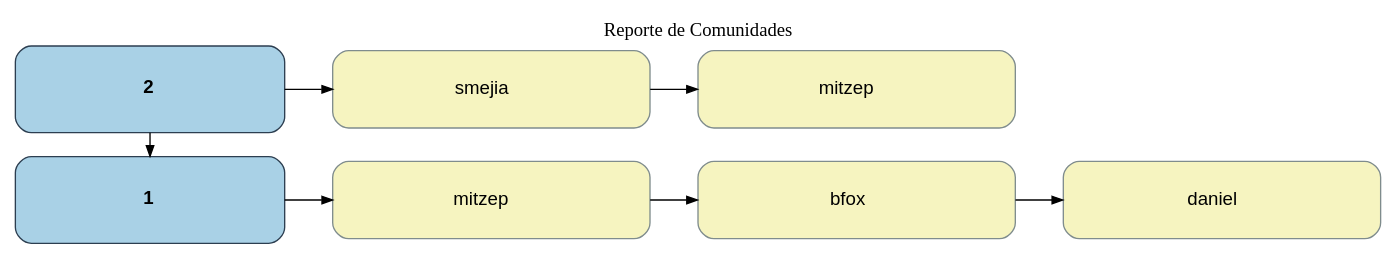
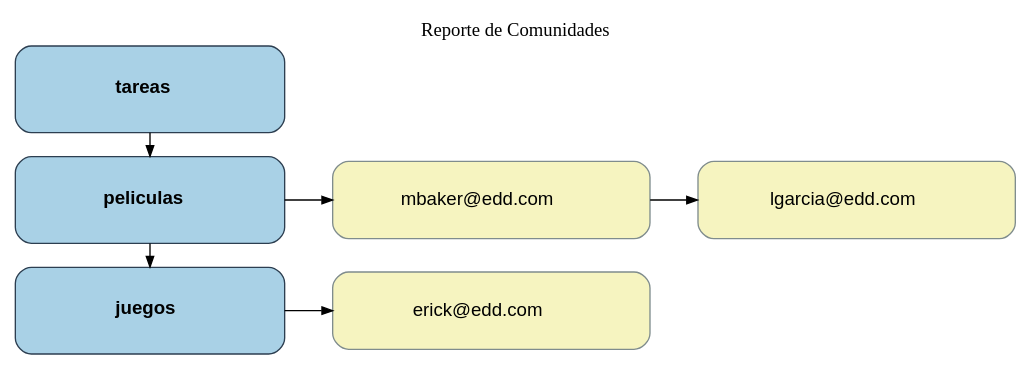
Before and after one commit to josuef24/-EDD-1S2025_202300668: the diagram in EDDMail/FASE1/Root-Reportes/Reporte_Comunidades.dot, drawn with Graphviz. The commit also changed 126 other files, not shown here.

```diff
--- a/EDDMail/FASE1/Root-Reportes/Reporte_Comunidades.dot
+++ b/EDDMail/FASE1/Root-Reportes/Reporte_Comunidades.dot
@@ -1,31 +1,29 @@
 digraph "Reporte de Comunidades" {
   rankdir=LR;
   labelloc="t";
   label="Reporte de Comunidades";
   node  [fontname="Helvetica"];
   edge  [arrowsize=0.8];
   // Estilos
   subgraph cluster_legend { style=invis; }
   // Comunidad: caja azul
   // Usuario: caja amarilla
-  c1 [shape=box, style="rounded,filled", fillcolor="#a9d1e6", color="#2c3e50", label=< <b>2</b> >, width=2.8, height=0.9];
-  c1_u1 [shape=box, style="rounded,filled", fillcolor="#f6f4c0", color="#7f8c8d", label=< smejia >, width=3.3, height=0.8];
-  c1 -> c1_u1;
-  c1_u2 [shape=box, style="rounded,filled", fillcolor="#f6f4c0", color="#7f8c8d", label=< mitzep >, width=3.3, height=0.8];
-  c1_u1 -> c1_u2;
-  {
-    rank=same; c1;
-  }
-  c2 [shape=box, style="rounded,filled", fillcolor="#a9d1e6", color="#2c3e50", label=< <b>1</b> >, width=2.8, height=0.9];
+  c1 [shape=box, style="rounded,filled", fillcolor="#a9d1e6", color="#2c3e50", label=< <b>tareas</b> >, width=2.8, height=0.9];
+  c2 [shape=box, style="rounded,filled", fillcolor="#a9d1e6", color="#2c3e50", label=< <b>peliculas</b> >, width=2.8, height=0.9];
   c1 -> c2;
-  c2_u1 [shape=box, style="rounded,filled", fillcolor="#f6f4c0", color="#7f8c8d", label=< mitzep >, width=3.3, height=0.8];
+  c2_u1 [shape=box, style="rounded,filled", fillcolor="#f6f4c0", color="#7f8c8d", label=< mbaker@edd.com >, width=3.3, height=0.8];
   c2 -> c2_u1;
-  c2_u2 [shape=box, style="rounded,filled", fillcolor="#f6f4c0", color="#7f8c8d", label=< bfox >, width=3.3, height=0.8];
+  c2_u2 [shape=box, style="rounded,filled", fillcolor="#f6f4c0", color="#7f8c8d", label=< lgarcia@edd.com >, width=3.3, height=0.8];
   c2_u1 -> c2_u2;
-  c2_u3 [shape=box, style="rounded,filled", fillcolor="#f6f4c0", color="#7f8c8d", label=< daniel >, width=3.3, height=0.8];
-  c2_u2 -> c2_u3;
   {
     rank=same; c2;
   }
-  { rank=same; c1; c2;  }
+  c3 [shape=box, style="rounded,filled", fillcolor="#a9d1e6", color="#2c3e50", label=< <b>juegos</b> >, width=2.8, height=0.9];
+  c2 -> c3;
+  c3_u1 [shape=box, style="rounded,filled", fillcolor="#f6f4c0", color="#7f8c8d", label=< erick@edd.com >, width=3.3, height=0.8];
+  c3 -> c3_u1;
+  {
+    rank=same; c3;
+  }
+  { rank=same; c1; c2; c3;  }
 }
```
